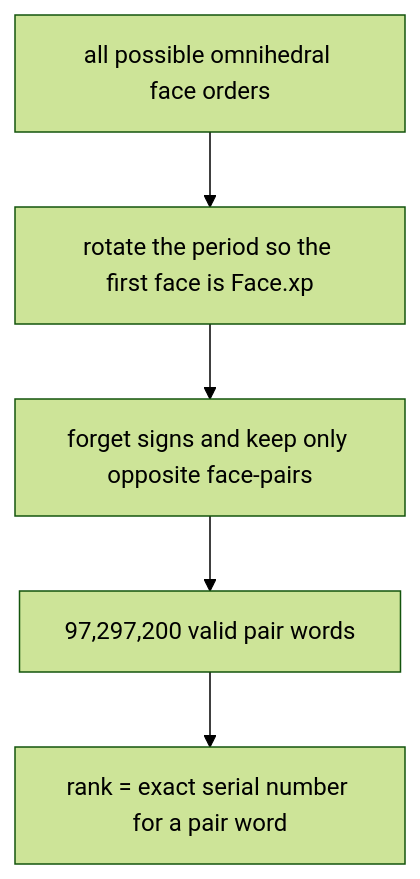
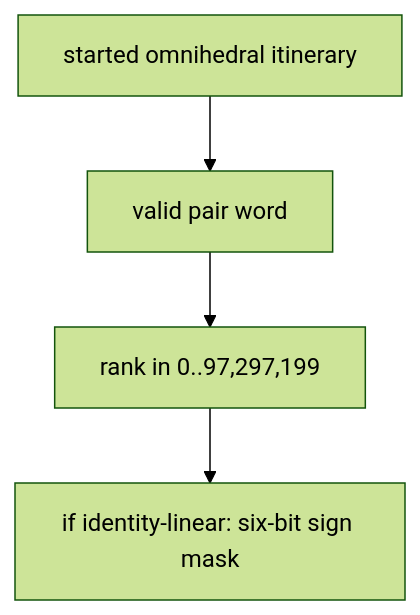
One commit to zpconn/cuboctahedron changed the second of 4 diagrams in README.md. Above: the diagram before and after it, drawn with Mermaid (forest theme). The commit also changed other lines of this file and 1 other file, not shown here.

````diff
--- a/README.md
+++ b/README.md
@@ -137,9 +148,8 @@
 ```mermaid
 flowchart TD
-    A["all possible omnihedral face orders"]
-    B["rotate the period so the first face is Face.xp"]
-    C["forget signs and keep only opposite face-pairs"]
-    D["97,297,200 valid pair words"]
-    E["rank = exact serial number for a pair word"]
-    A --> B --> C --> D --> E
+    A["started omnihedral itinerary"]
+    B["valid pair word"]
+    C["rank in 0..97,297,199"]
+    D["if identity-linear: six-bit sign mask"]
+    A --> B --> C --> D
 ```
````
